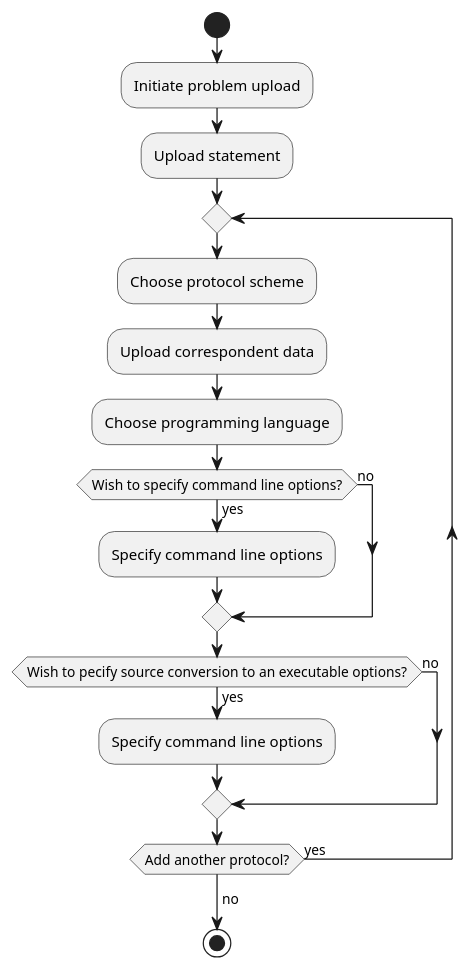
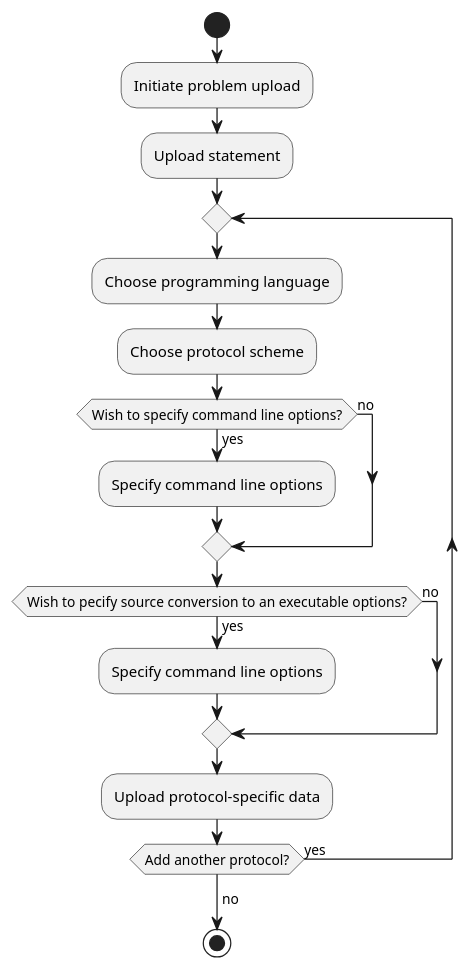
Before and after one commit to IgorZhiltsoff/TPy_project: the diagram in Interface/CmdLineIF/UploadProblemAsTeacher/Activity_UploadProblemAsTeacher.puml, drawn with PlantUML. The commit also changed 49 other files, not shown here.

```diff
--- a/Interface/CmdLineIF/UploadProblemAsTeacher/Activity_UploadProblemAsTeacher.puml
+++ b/Interface/CmdLineIF/UploadProblemAsTeacher/Activity_UploadProblemAsTeacher.puml
@@ -1,23 +1,23 @@
 @startuml
 'https://plantuml.com/activity-diagram-beta
 
 start
 :Initiate problem upload;
 :Upload statement;
 repeat
+:Choose programming language;
 :Choose protocol scheme;
-:Upload correspondent data;
-:Choose programming language;
 if (Wish to specify command line options?) then (yes)
     :Specify command line options;
 else (no)
 endif
 if (Wish to pecify source conversion to an executable options?) then (yes)
     :Specify command line options;
 else (no)
 endif
+:Upload protocol-specific data;
 repeat while (Add another protocol?) is (yes)
 ->no;
 stop
 
 @enduml
```
